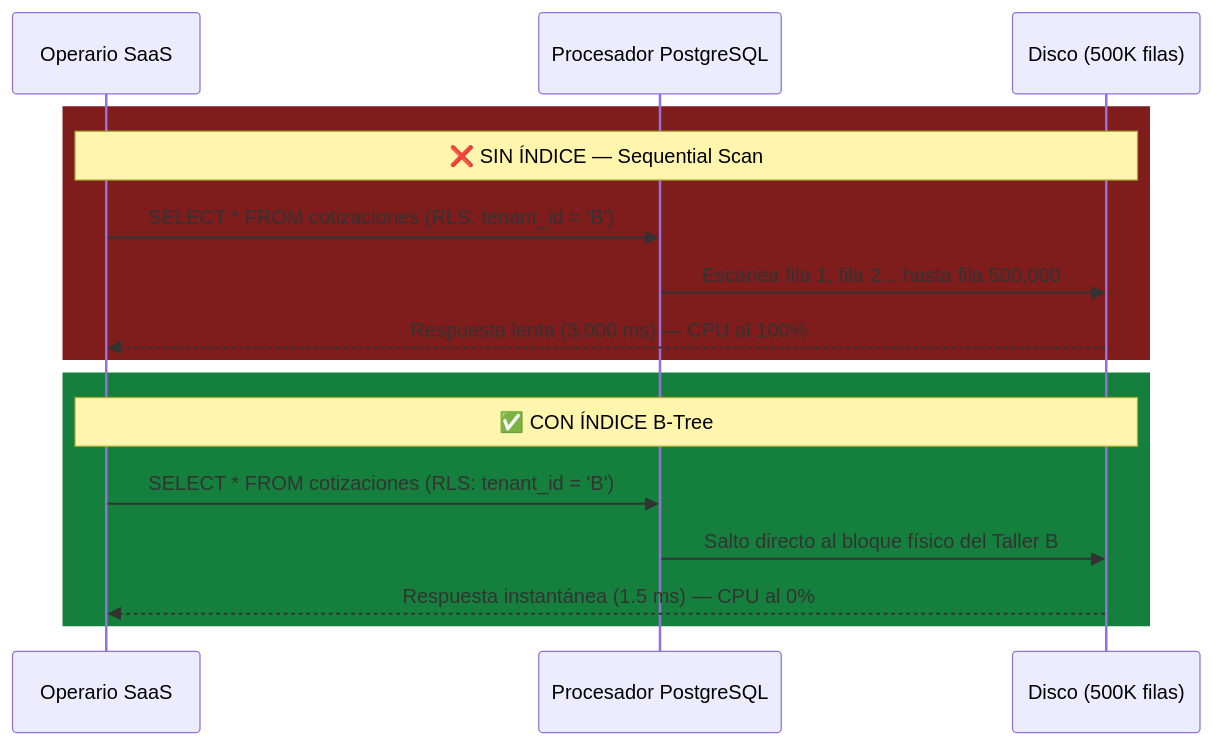
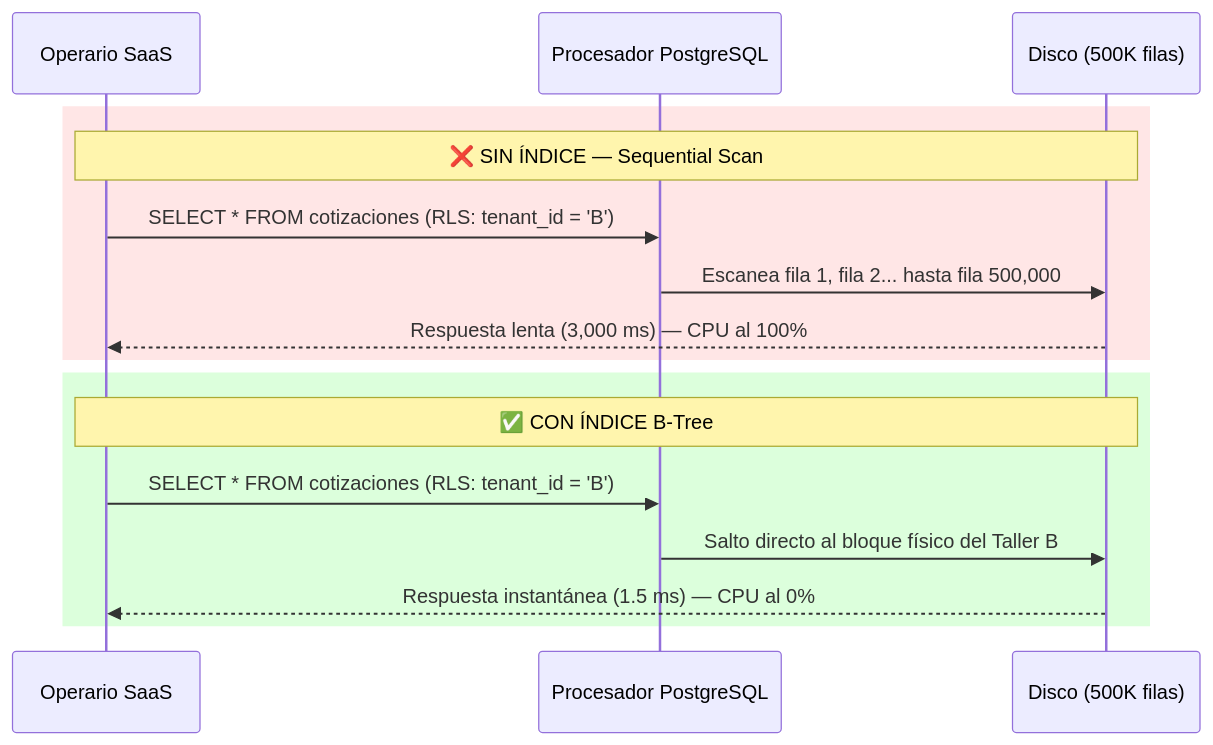
Before and after one commit to redentor159/sistema-erp-inventario: the second of 6 diagrams in public/docs/19_TRUCOS_ESCALABILIDAD_SAAS.md, drawn with Mermaid. The commit also changed other lines of this file and 1 other file, not shown here.

Commit message:
style(docs): cambiar fondos de diagramas Mermaid a colores pastel legibles

````diff
--- a/public/docs/19_TRUCOS_ESCALABILIDAD_SAAS.md
+++ b/public/docs/19_TRUCOS_ESCALABILIDAD_SAAS.md
@@ -126,20 +126,20 @@
 ```mermaid
 sequenceDiagram
     participant PC as Operario SaaS
     participant CPU as Procesador PostgreSQL
     participant BD as Disco (500K filas)
 
-    rect rgb(127, 29, 29)
+    rect rgb(255, 230, 230)
     Note over PC, BD: ❌ SIN ÍNDICE — Sequential Scan
     PC->>CPU: SELECT * FROM cotizaciones (RLS: tenant_id = 'B')
     CPU->>BD: Escanea fila 1, fila 2... hasta fila 500,000
     BD-->>PC: Respuesta lenta (3,000 ms) — CPU al 100%
     end
 
-    rect rgb(21, 128, 61)
+    rect rgb(220, 255, 220)
     Note over PC, BD: ✅ CON ÍNDICE B-Tree
     PC->>CPU: SELECT * FROM cotizaciones (RLS: tenant_id = 'B')
     CPU->>BD: Salto directo al bloque físico del Taller B
     BD-->>PC: Respuesta instantánea (1.5 ms) — CPU al 0%
     end
 ```
````
